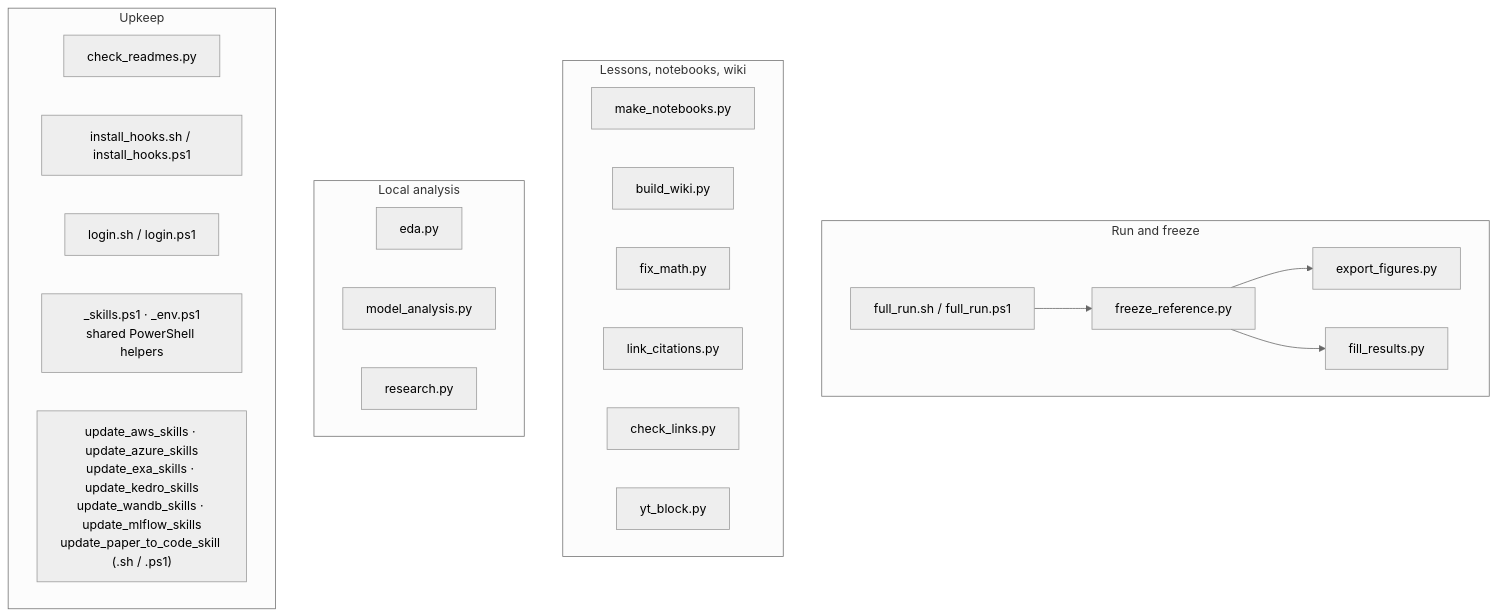
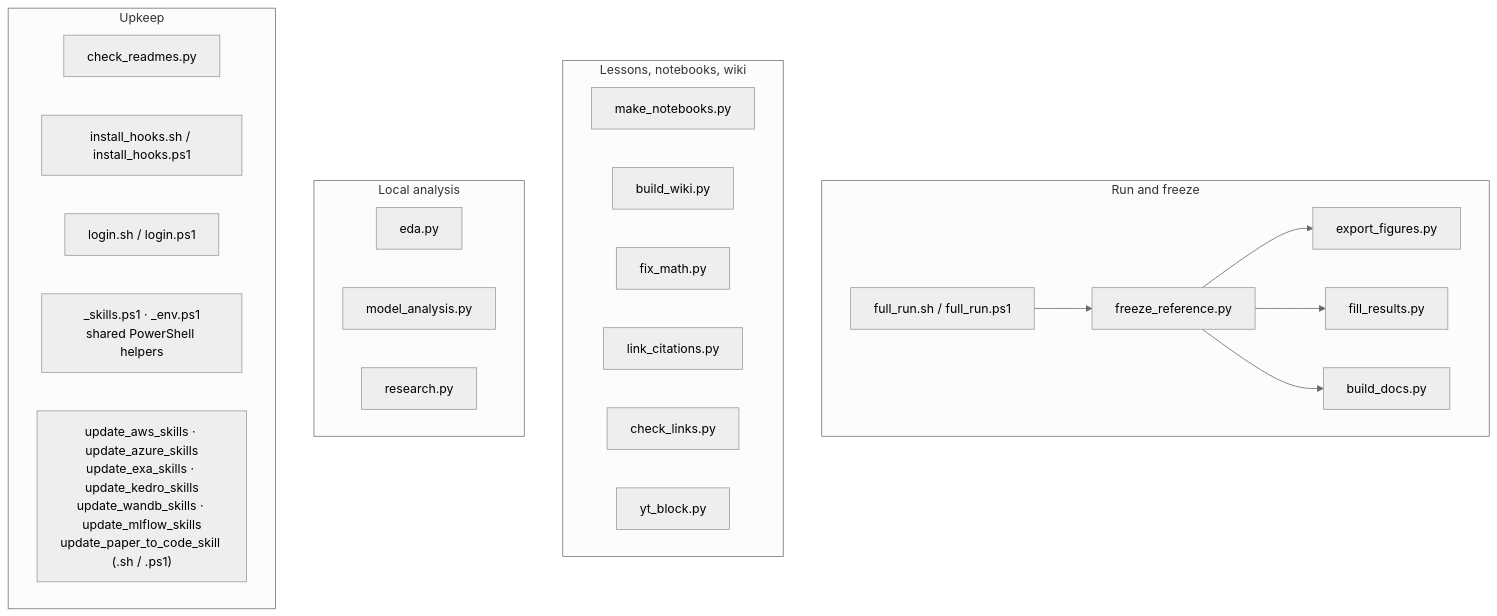
One commit to actuarialsociety/combined-actuarial-nn changed the diagram in scripts/README.md. Above: the diagram before and after it, drawn with Mermaid (neutral theme). The commit also changed other lines of this file and 11 other files, not shown here.

````diff
--- a/scripts/README.md
+++ b/scripts/README.md
@@ -6,28 +6,29 @@
 ```mermaid
 flowchart TD
     subgraph run["Run and freeze"]
         full_run["full_run.sh / full_run.ps1"] --> freeze_reference["freeze_reference.py"]
         freeze_reference --> export_figures["export_figures.py"]
         freeze_reference --> fill_results["fill_results.py"]
+        freeze_reference --> build_docs["build_docs.py"]
     end
     subgraph content["Lessons, notebooks, wiki"]
         make_notebooks["make_notebooks.py"]
         build_wiki["build_wiki.py"]
         fix_math["fix_math.py"]
         link_citations["link_citations.py"]
         check_links["check_links.py"]
         yt_block["yt_block.py"]
     end
     subgraph analysis["Local analysis"]
         eda["eda.py"]
         model_analysis["model_analysis.py"]
         research["research.py"]
     end
     subgraph upkeep["Upkeep"]
         check_readmes["check_readmes.py"]
         install_hooks["install_hooks.sh / install_hooks.ps1"]
         login["login.sh / login.ps1"]
         shared["_skills.ps1 · _env.ps1<br/>shared PowerShell helpers"]
         skills["update_aws_skills · update_azure_skills<br/>update_exa_skills · update_kedro_skills<br/>update_wandb_skills · update_mlflow_skills<br/>update_paper_to_code_skill (.sh / .ps1)"]
     end
 ```
````
